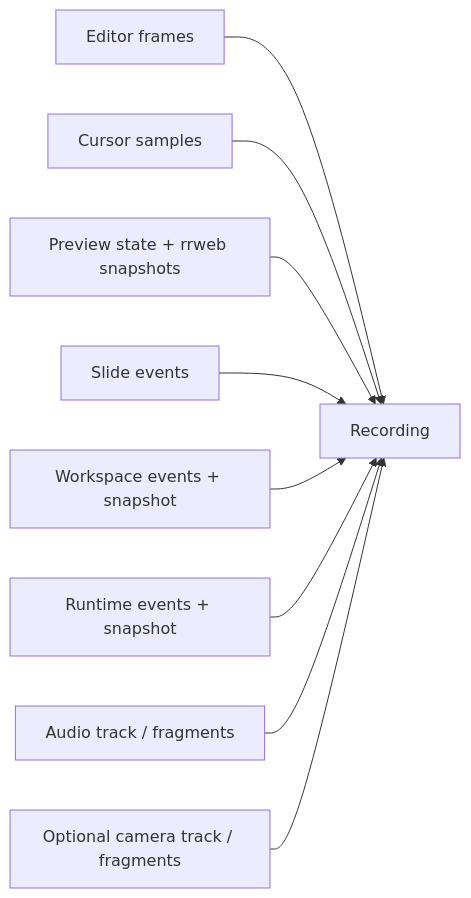
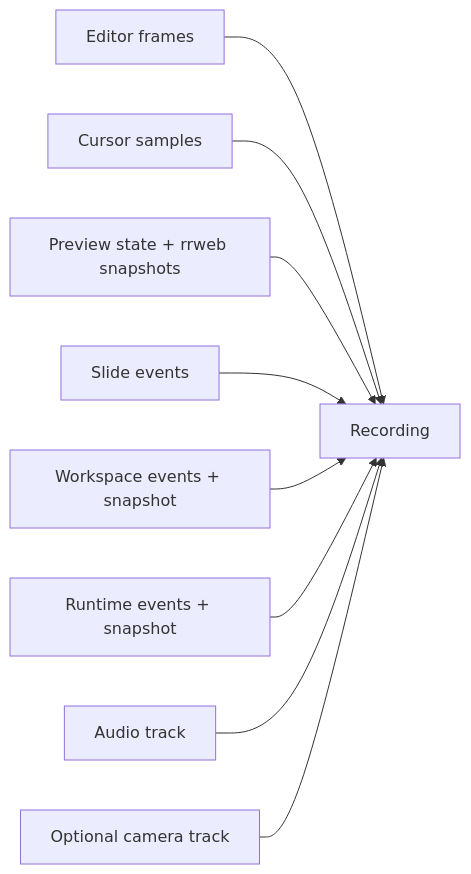
The second of 3 diagrams in docs/core.md (channyeintun/next-editor), drawn with Mermaid before and after one commit. The commit also changed other lines of this file and 14 other files, not shown here.

````diff
--- a/docs/core.md
+++ b/docs/core.md
@@ -64,11 +64,11 @@
 ```mermaid
 flowchart LR
   Editor[Editor frames] --> Recording
   Cursor[Cursor samples] --> Recording
   Preview[Preview state + rrweb snapshots] --> Recording
   Slides[Slide events] --> Recording
   Workspace[Workspace events + snapshot] --> Recording
   Runtime[Runtime events + snapshot] --> Recording
-  Audio[Audio track / fragments] --> Recording
-  Camera[Optional camera track / fragments] --> Recording
+  Audio[Audio track] --> Recording
+  Camera[Optional camera track] --> Recording
 ```
````
